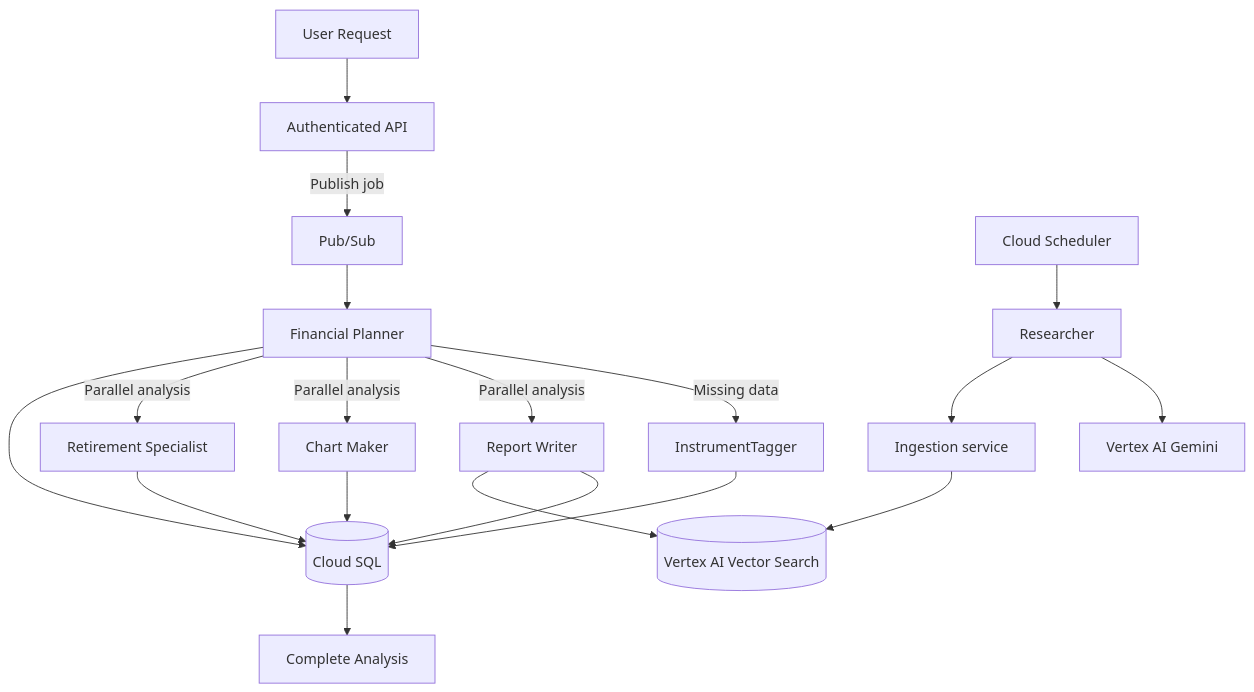
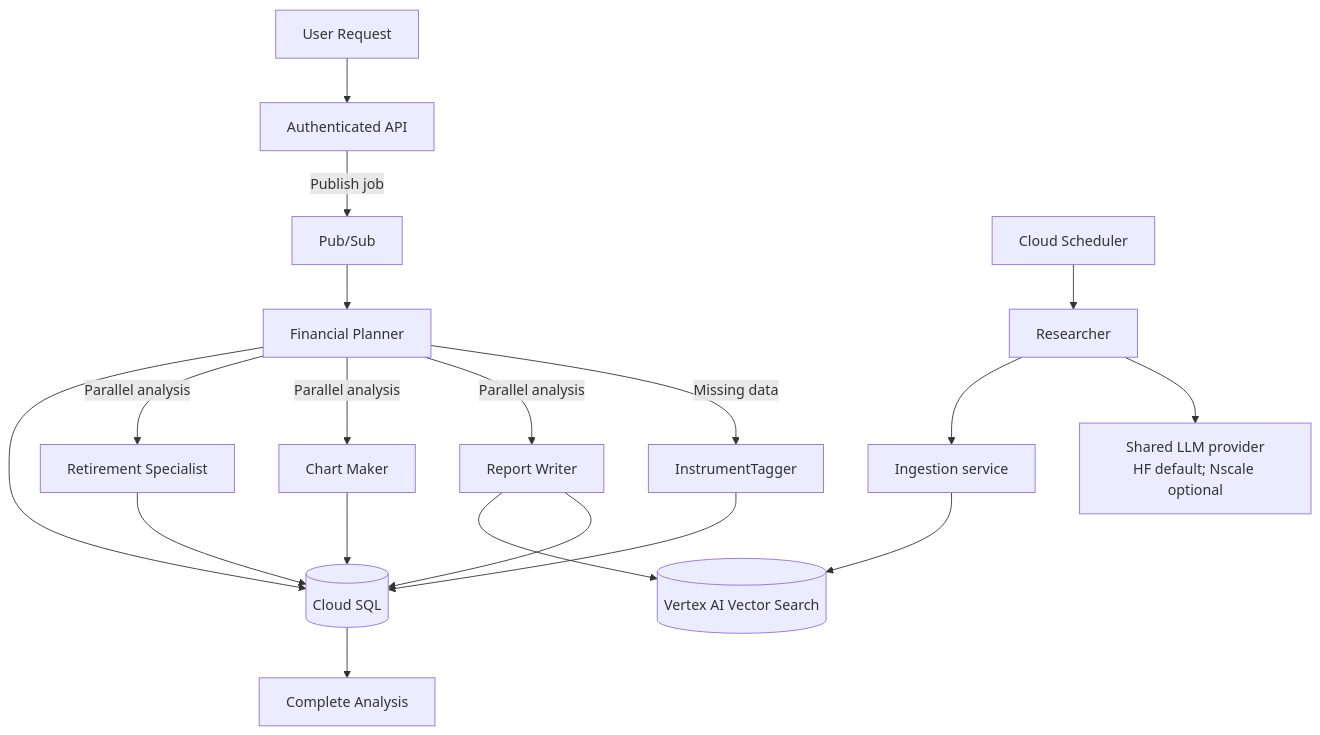
One commit to milleralan1/donner_production changed the diagram in wk4/alex/guides_GCP/agent_architecture.md. Above: the diagram before and after it, drawn with Mermaid. The commit also changed other lines of this file and 82 other files, not shown here.

````diff
--- a/wk4/alex/guides_GCP/agent_architecture.md
+++ b/wk4/alex/guides_GCP/agent_architecture.md
@@ -7,22 +7,22 @@
 ```mermaid
 graph TB
     User[User Request] --> API[Authenticated API]
     API -->|Publish job| Queue[Pub/Sub]
     Queue --> Planner[Financial Planner]
     Planner -->|Missing data| Tagger[InstrumentTagger]
     Planner -->|Parallel analysis| Reporter[Report Writer]
     Planner -->|Parallel analysis| Charter[Chart Maker]
     Planner -->|Parallel analysis| Retirement[Retirement Specialist]
     Tagger --> DB[(Cloud SQL)]
     Reporter --> DB
     Charter --> DB
     Retirement --> DB
     Reporter --> Vectors[(Vertex AI Vector Search)]
     Planner --> DB
     DB --> Result[Complete Analysis]
 
     Scheduler[Cloud Scheduler] --> Researcher[Researcher]
-    Researcher --> Gemini[Vertex AI Gemini]
+    Researcher --> LLM[Shared LLM provider<br/>HF default; Nscale optional]
     Researcher --> Ingest[Ingestion service]
     Ingest --> Vectors
 ```
````
